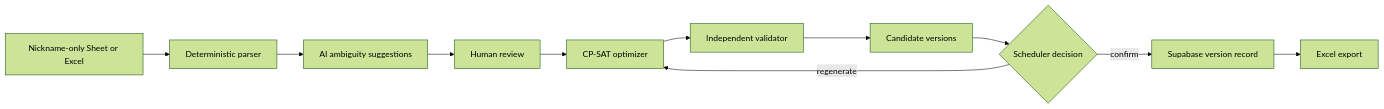
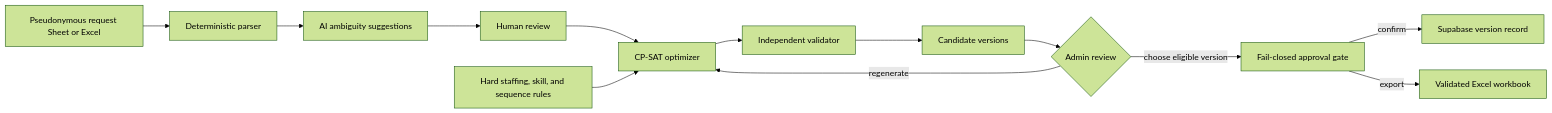
Before and after one commit to SuphakornP/nurseflow-ai-scheduler: the first of 2 diagrams in docs/architecture.md, drawn with Mermaid (forest theme). The commit also changed other lines of this file and 32 other files, not shown here.

````diff
--- a/docs/architecture.md
+++ b/docs/architecture.md
@@ -7,13 +7,15 @@
 ```mermaid
 flowchart LR
-    A[Nickname-only Sheet or Excel] --> B[Deterministic parser]
+    A[Pseudonymous request Sheet or Excel] --> B[Deterministic parser]
     B --> C[AI ambiguity suggestions]
     C --> D[Human review]
     D --> E[CP-SAT optimizer]
+    R[Hard staffing, skill, and sequence rules] --> E
     E --> F[Independent validator]
     F --> G[Candidate versions]
-    G --> H{Scheduler decision}
+    G --> H{Admin review}
     H -->|regenerate| E
-    H -->|confirm| I[Supabase version record]
-    I --> J[Excel export]
+    H -->|choose eligible version| I[Fail-closed approval gate]
+    I -->|confirm| S[Supabase version record]
+    I -->|export| J[Validated Excel workbook]
 ```
````
